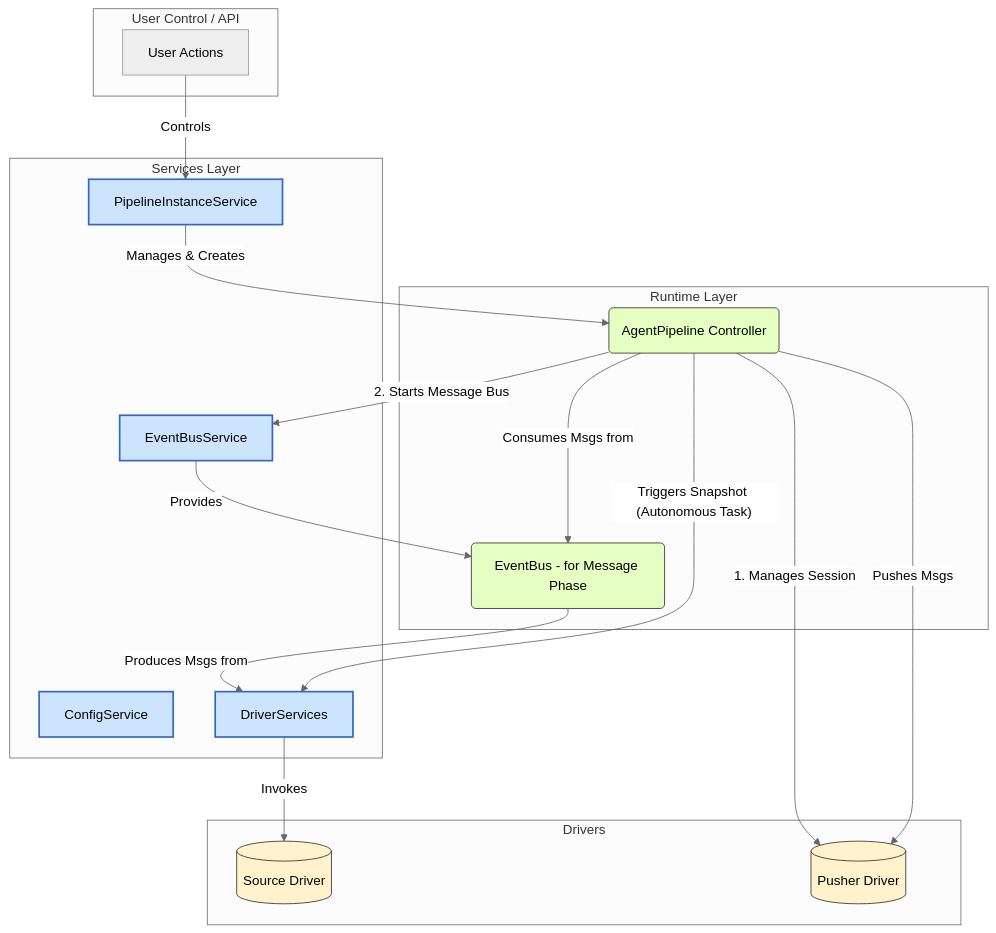
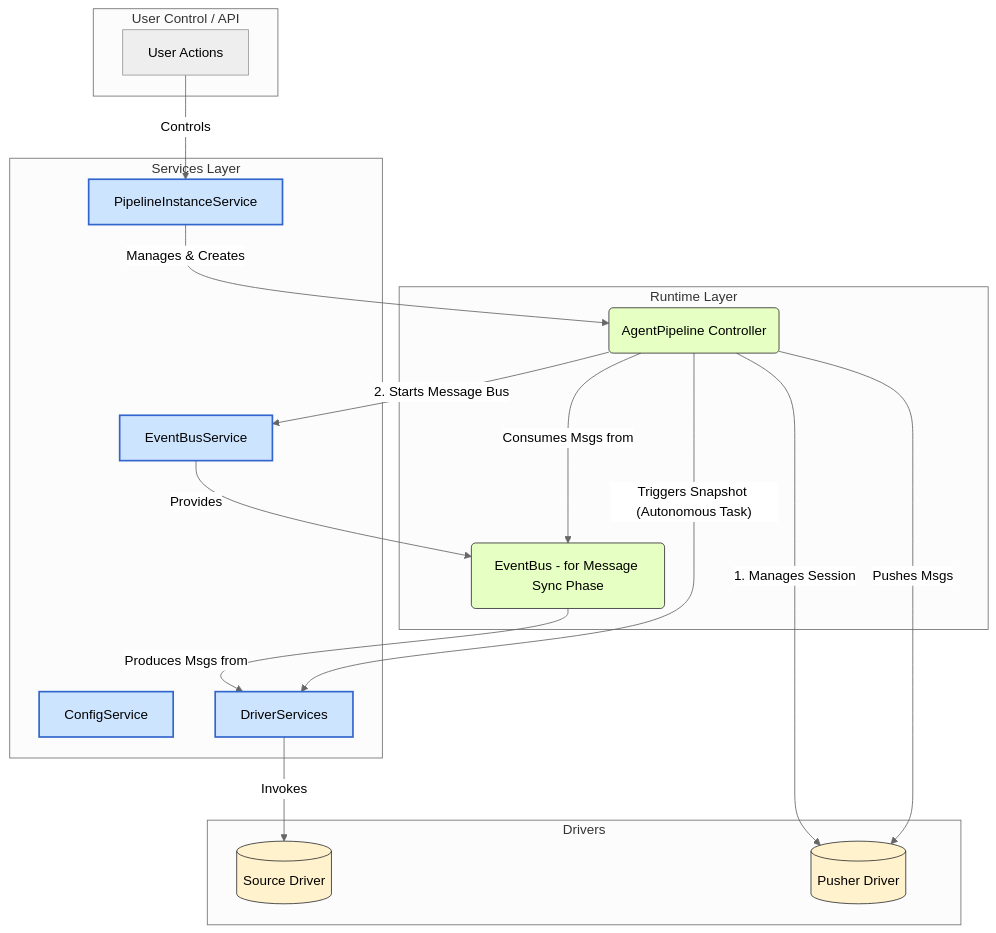
The second of 2 diagrams in agent/docs/architecture/core_arch.md (excelwang/fustor), drawn with Mermaid (neutral theme) before and after one commit. The commit also changed other lines of this file and 55 other files, not shown here.

````diff
--- a/agent/docs/architecture/core_arch.md
+++ b/agent/docs/architecture/core_arch.md
@@ -108,48 +108,48 @@
 ```mermaid
 graph TD
     subgraph User Control / API
         UC[User Actions]
     end
 
     subgraph Services Layer
         SIS[PipelineInstanceService]
         EBS[EventBusService]
         CS[ConfigService]
         DS[DriverServices]
     end
 
     subgraph Runtime Layer
         SI(AgentPipeline Controller)
-        EB(EventBus - for Message Phase)
+        EB(EventBus - for Message Sync Phase)
     end
 
     subgraph Drivers
         SourceDrv[(Source Driver)]
         PusherDrv[(Pusher Driver)]
     end
 
     UC -->|Controls| SIS
     SIS -- Manages & Creates --> SI
 
     %% Session and Message Flow
     SI -- "1. Manages Session" --> PusherDrv
     SI -- "2. Starts Message Bus" --> EBS
     EBS -- Provides --> EB
     EB -- "Produces Msgs from" --> DS
     DS -- Invokes --> SourceDrv
     SI -- "Consumes Msgs from" --> EB
     
     %% Main Loop
     SI -- "Pushes Msgs" --> PusherDrv
 
     %% Concurrent Snapshot (if needed)
     SI -- "Triggers Snapshot (Autonomous Task)" --> DS
     
     classDef service fill:#cde4ff,stroke:#36c,stroke-width:2px;
     classDef runtime fill:#e6ffc2,stroke:#333;
     classDef driver fill:#fff2cc,stroke:#333;
 
     class SIS,EBS,CS,DS service
     class SI,EB runtime
     class SourceDrv,PusherDrv driver
 ```
````
